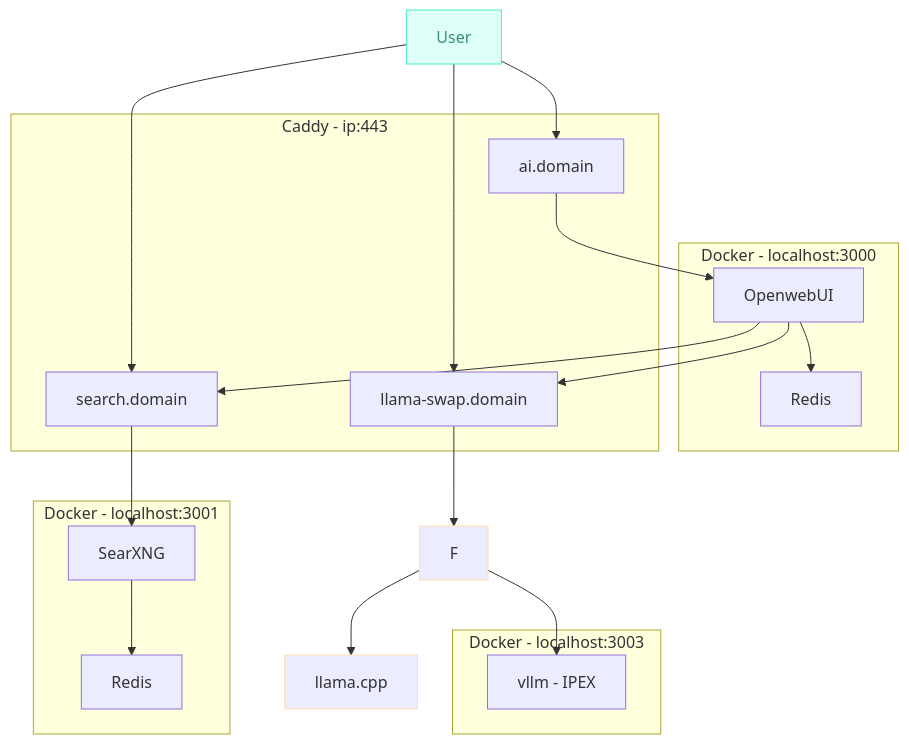
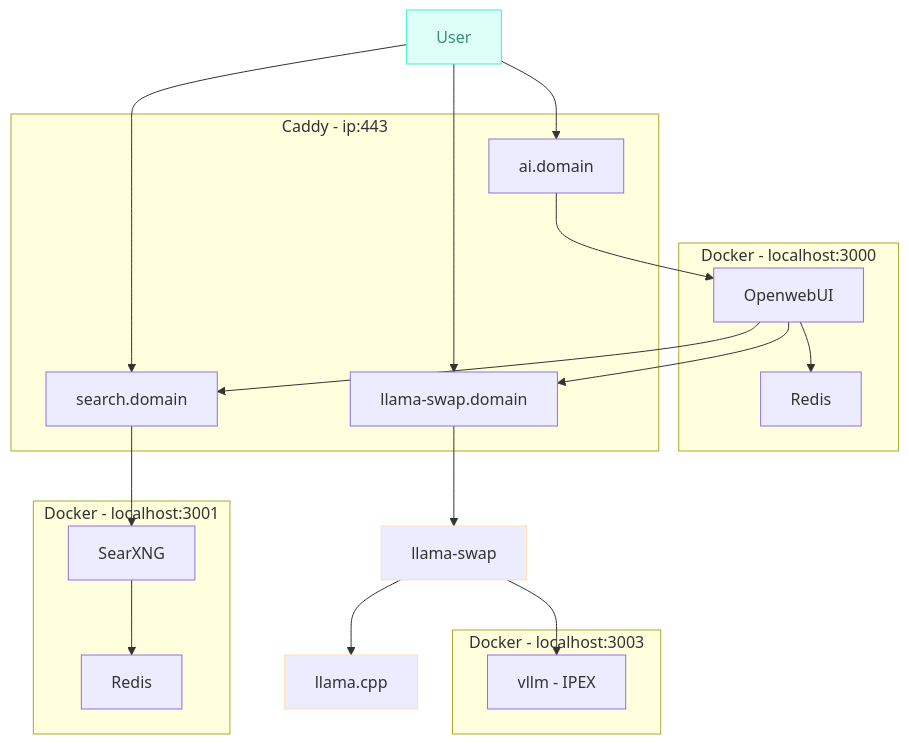
Before and after one commit to cycl00ps/ai-lab: the diagram in README.md, drawn with Mermaid.

````diff
--- a/README.md
+++ b/README.md
@@ -12,35 +12,35 @@
 ```mermaid
 flowchart TD
  subgraph subGraph0["Docker - localhost:3000"]
         B["Redis"]
         A["OpenwebUI"]
   end
  subgraph subGraph1["Docker - localhost:3001"]
         D["Redis"]
         C["SearXNG"]
   end
  subgraph subGraph2["Caddy - ip:443"]
         E["ai.domain"]
         H["search.domain"]
         J["llama-swap.domain"]
   end
  subgraph subGraph3["Docker - localhost:3003"]
         K["vllm - IPEX"]
   end
     A --> B & H & J
     C --> D
     E --> A
     H --> C
-    F --> G["llama.cpp"]
+    F["llama-swap"] --> G["llama.cpp"]
     F --> K
     I["User"] --> E
     I["User"] --> H
     I --> J
     J --> F
 
      I:::Aqua
     classDef Aqua stroke-width:1px, stroke-dasharray:none, stroke:#46EDC8, fill:#DEFFF8, color:#378E7A
     style F stroke:#FFE0B2
     style G stroke:#FFE0B2
     style subGraph2 stroke:#FFE0B2```
 ```
````
